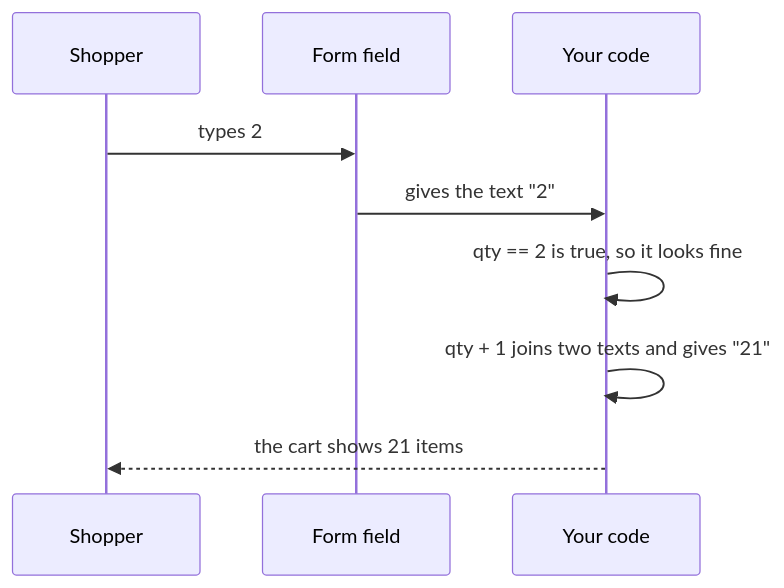
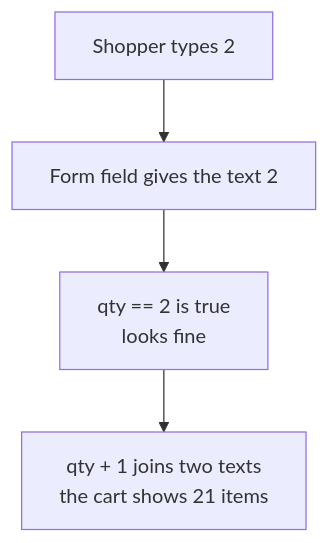
Before and after one commit to starjustice/research-material: the first of 2 diagrams in learn/javascript/02-values-types-and-coercion.md, drawn with Mermaid. The commit also changed other lines of this file, not shown here.

Commit message:
Reshape JavaScript lesson 02 (Values, types and coercion) into short cards with guess bars and blue More detail bars

````diff
--- a/learn/javascript/02-values-types-and-coercion.md
+++ b/learn/javascript/02-values-types-and-coercion.md
@@ -60,11 +17,6 @@
 ```mermaid
-sequenceDiagram
-    participant U as Shopper
-    participant F as Form field
-    participant C as Your code
-    U->>F: types 2
-    F->>C: gives the text "2"
-    C->>C: qty == 2 is true, so it looks fine
-    C->>C: qty + 1 joins two texts and gives "21"
-    C-->>U: the cart shows 21 items
+graph TB
+    U["Shopper types 2"] --> F["Form field gives the text 2"]
+    F --> A["qty == 2 is true<br/>looks fine"]
+    A --> B["qty + 1 joins two texts<br/>the cart shows 21 items"]
 ```
````
